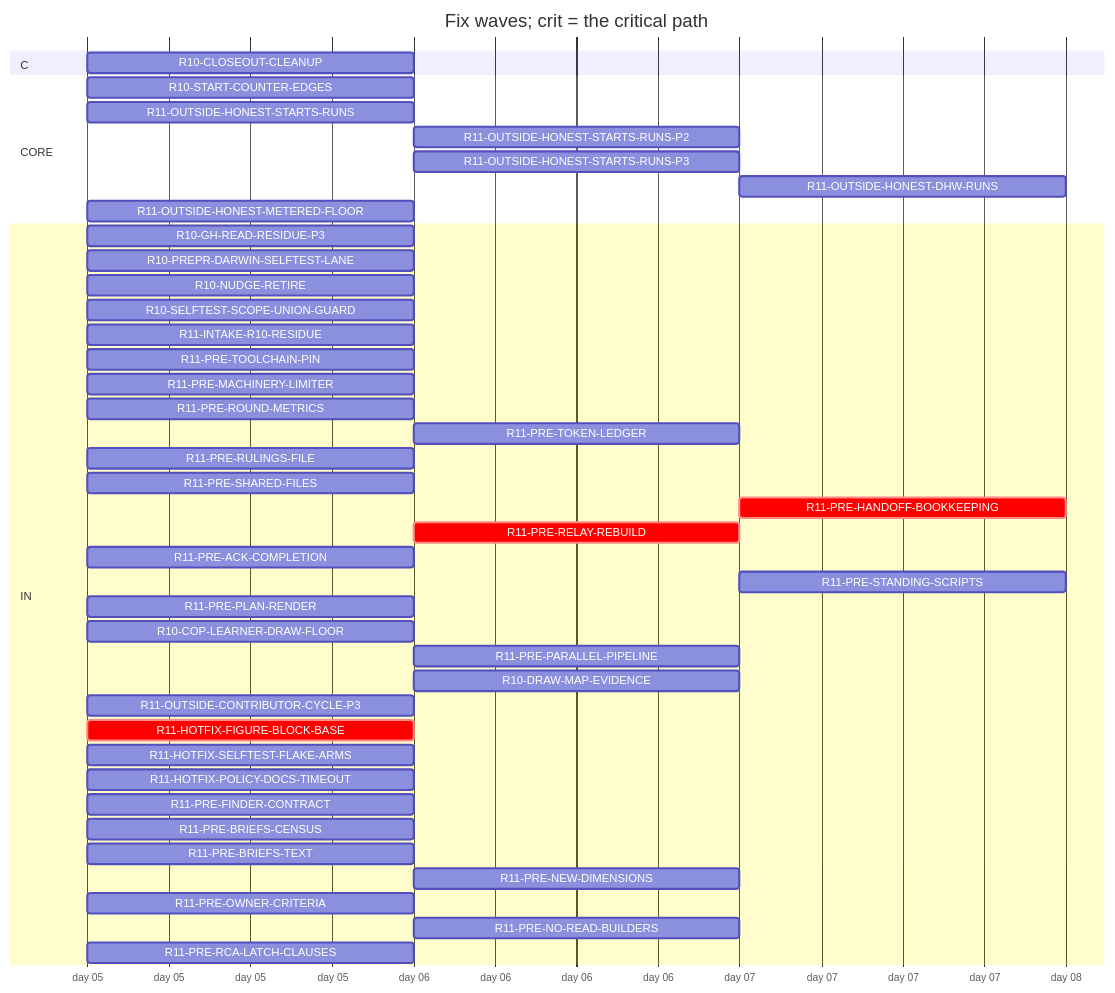
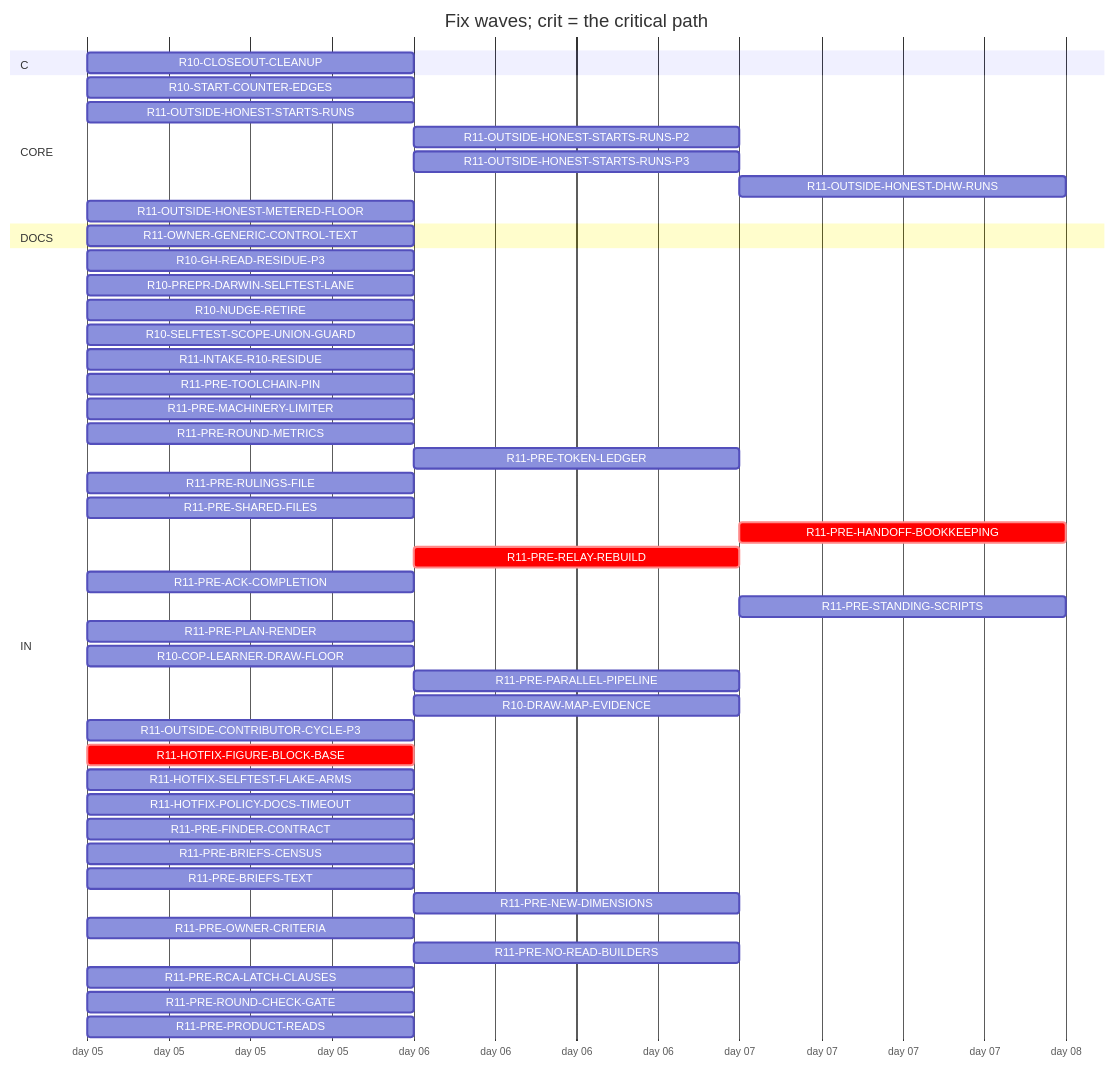
The diagram in handoff/round11/state/PLAN-TABLE.md (tvofi/heatpump_optimizer), drawn with Mermaid before and after one commit. The commit also changed other lines of this file and 4 other files, not shown here.

Commit message:
state: FLOW-BOARD.md, NEXT-SESSION-PROMPT.md, PLAN-TABLE.md, PLAN.html, RESUME-CURRENT.md regenerated (state_docs.py)

````diff
--- a/handoff/round11/state/PLAN-TABLE.md
+++ b/handoff/round11/state/PLAN-TABLE.md
@@ -16,46 +17,50 @@
 ```mermaid
 gantt
   title Fix waves; crit = the critical path
   dateFormat YYYY-MM-DD
   axisFormat day %d
   section C
     R10-CLOSEOUT-CLEANUP :r10CLOSEOUTCLEANUP, 2026-01-05, 1d
   section CORE
     R10-START-COUNTER-EDGES :r10STARTCOUNTEREDGES, 2026-01-05, 1d
     R11-OUTSIDE-HONEST-STARTS-RUNS :r11OUTSIDEHONESTSTARTSRUNS, 2026-01-05, 1d
     R11-OUTSIDE-HONEST-STARTS-RUNS-P2 :r11OUTSIDEHONESTSTARTSRUNSP2, after r11OUTSIDEHONESTSTARTSRUNS, 1d
     R11-OUTSIDE-HONEST-STARTS-RUNS-P3 :r11OUTSIDEHONESTSTARTSRUNSP3, after r11OUTSIDEHONESTSTARTSRUNS, 1d
     R11-OUTSIDE-HONEST-DHW-RUNS :r11OUTSIDEHONESTDHWRUNS, after r11OUTSIDEHONESTSTARTSRUNS r11OUTSIDEHONESTSTARTSRUNSP2, 1d
     R11-OUTSIDE-HONEST-METERED-FLOOR :r11OUTSIDEHONESTMETEREDFLOOR, 2026-01-05, 1d
+  section DOCS
+    R11-OWNER-GENERIC-CONTROL-TEXT :r11OWNERGENERICCONTROLTEXT, 2026-01-05, 1d
   section IN
     R10-GH-READ-RESIDUE-P3 :r10GHREADRESIDUEP3, 2026-01-05, 1d
     R10-PREPR-DARWIN-SELFTEST-LANE :r10PREPRDARWINSELFTESTLANE, 2026-01-05, 1d
     R10-NUDGE-RETIRE :r10NUDGERETIRE, 2026-01-05, 1d
     R10-SELFTEST-SCOPE-UNION-GUARD :r10SELFTESTSCOPEUNIONGUARD, 2026-01-05, 1d
     R11-INTAKE-R10-RESIDUE :r11INTAKER10RESIDUE, 2026-01-05, 1d
     R11-PRE-TOOLCHAIN-PIN :r11PRETOOLCHAINPIN, 2026-01-05, 1d
     R11-PRE-MACHINERY-LIMITER :r11PREMACHINERYLIMITER, 2026-01-05, 1d
     R11-PRE-ROUND-METRICS :r11PREROUNDMETRICS, 2026-01-05, 1d
     R11-PRE-TOKEN-LEDGER :r11PRETOKENLEDGER, after r10GHREADRESIDUEP3, 1d
     R11-PRE-RULINGS-FILE :r11PRERULINGSFILE, 2026-01-05, 1d
     R11-PRE-SHARED-FILES :r11PRESHAREDFILES, 2026-01-05, 1d
     R11-PRE-HANDOFF-BOOKKEEPING :crit, r11PREHANDOFFBOOKKEEPING, after r11PRERELAYREBUILD, 1d
     R11-PRE-RELAY-REBUILD :crit, r11PRERELAYREBUILD, after r11HOTFIXFIGUREBLOCKBASE, 1d
     R11-PRE-ACK-COMPLETION :r11PREACKCOMPLETION, 2026-01-05, 1d
     R11-PRE-STANDING-SCRIPTS :r11PRESTANDINGSCRIPTS, after r11PREPARALLELPIPELINE, 1d
     R11-PRE-PLAN-RENDER :r11PREPLANRENDER, 2026-01-05, 1d
     R10-COP-LEARNER-DRAW-FLOOR :r10COPLEARNERDRAWFLOOR, 2026-01-05, 1d
     R11-PRE-PARALLEL-PIPELINE :r11PREPARALLELPIPELINE, after r11HOTFIXFIGUREBLOCKBASE, 1d
     R10-DRAW-MAP-EVIDENCE :r10DRAWMAPEVIDENCE, after r10COPLEARNERDRAWFLOOR, 1d
     R11-OUTSIDE-CONTRIBUTOR-CYCLE-P3 :r11OUTSIDECONTRIBUTORCYCLEP3, 2026-01-05, 1d
     R11-HOTFIX-FIGURE-BLOCK-BASE :crit, r11HOTFIXFIGUREBLOCKBASE, 2026-01-05, 1d
     R11-HOTFIX-SELFTEST-FLAKE-ARMS :r11HOTFIXSELFTESTFLAKEARMS, 2026-01-05, 1d
     R11-HOTFIX-POLICY-DOCS-TIMEOUT :r11HOTFIXPOLICYDOCSTIMEOUT, 2026-01-05, 1d
     R11-PRE-FINDER-CONTRACT :r11PREFINDERCONTRACT, 2026-01-05, 1d
     R11-PRE-BRIEFS-CENSUS :r11PREBRIEFSCENSUS, 2026-01-05, 1d
     R11-PRE-BRIEFS-TEXT :r11PREBRIEFSTEXT, 2026-01-05, 1d
     R11-PRE-NEW-DIMENSIONS :r11PRENEWDIMENSIONS, after r11PREFINDERCONTRACT r11PREBRIEFSCENSUS, 1d
     R11-PRE-OWNER-CRITERIA :r11PREOWNERCRITERIA, 2026-01-05, 1d
     R11-PRE-NO-READ-BUILDERS :r11PRENOREADBUILDERS, after r11PREMACHINERYLIMITER, 1d
     R11-PRE-RCA-LATCH-CLAUSES :r11PRERCALATCHCLAUSES, 2026-01-05, 1d
+    R11-PRE-ROUND-CHECK-GATE :r11PREROUNDCHECKGATE, 2026-01-05, 1d
+    R11-PRE-PRODUCT-READS :r11PREPRODUCTREADS, 2026-01-05, 1d
 ```
````
